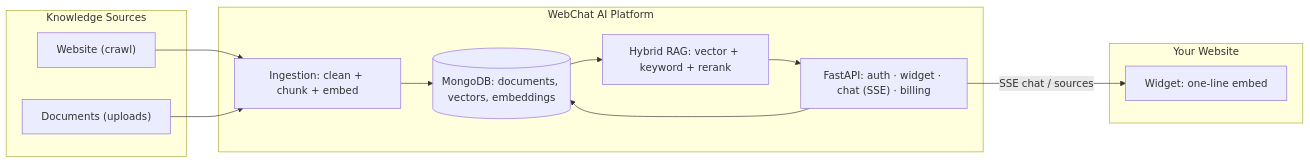
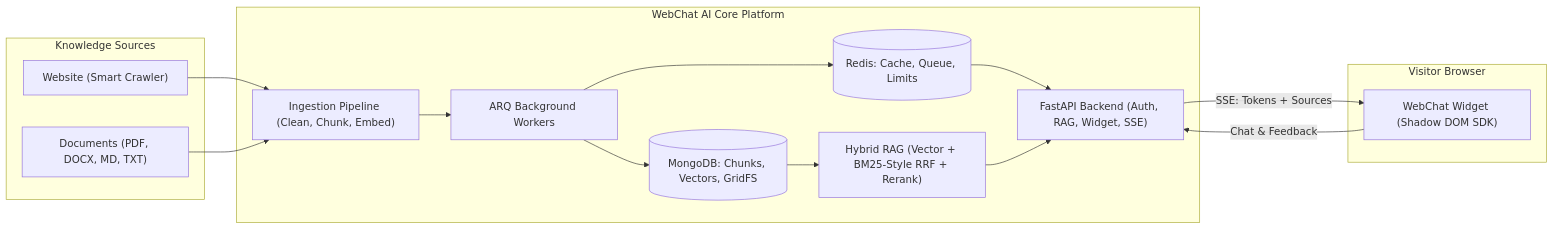
The second of 2 diagrams in README.md (riturajlabs/webchat-AI), drawn with Mermaid before and after one commit. The commit also changed other lines of this file and 10 other files, not shown here.

````diff
--- a/README.md
+++ b/README.md
@@ -153,24 +213,31 @@
 ```mermaid
 flowchart LR
     subgraph Sources["Knowledge Sources"]
-        WEB["Website (crawl)"]
-        DOCS["Documents (uploads)"]
+        WEB["Website (Smart Crawler)"]
+        DOCS["Documents (PDF, DOCX, MD, TXT)"]
     end
-    subgraph Platform["WebChat AI Platform"]
-        ING["Ingestion: clean + chunk + embed"]
-        KB[("MongoDB: documents, vectors, embeddings")]
-        RAG["Hybrid RAG: vector + keyword + rerank"]
-        API["FastAPI: auth · widget · chat (SSE) · billing"]
+
+    subgraph Platform["WebChat AI Core Platform"]
+        ING["Ingestion Pipeline (Clean, Chunk, Embed)"]
+        KB[("MongoDB: Chunks, Vectors, GridFS")]
+        REDIS[("Redis: Cache, Queue, Limits")]
+        WORKER["ARQ Background Workers"]
+        RAG["Hybrid RAG (Vector + BM25-Style RRF + Rerank)"]
+        API["FastAPI Backend (Auth, RAG, Widget, SSE)"]
     end
-    subgraph Customer["Your Website"]
-        WIDGET["Widget: one-line embed"]
+
+    subgraph Visitor["Visitor Browser"]
+        WIDGET["WebChat Widget (Shadow DOM SDK)"]
     end
 
     WEB --> ING
     DOCS --> ING
-    ING --> KB
+    ING --> WORKER
+    WORKER --> KB
+    WORKER --> REDIS
     KB --> RAG
+    REDIS --> API
     RAG --> API
-    API -->|SSE chat / sources| WIDGET
-    API --> KB
+    API -->|"SSE: Tokens + Sources"| WIDGET
+    WIDGET -->|"Chat & Feedback"| API
 ```
````
